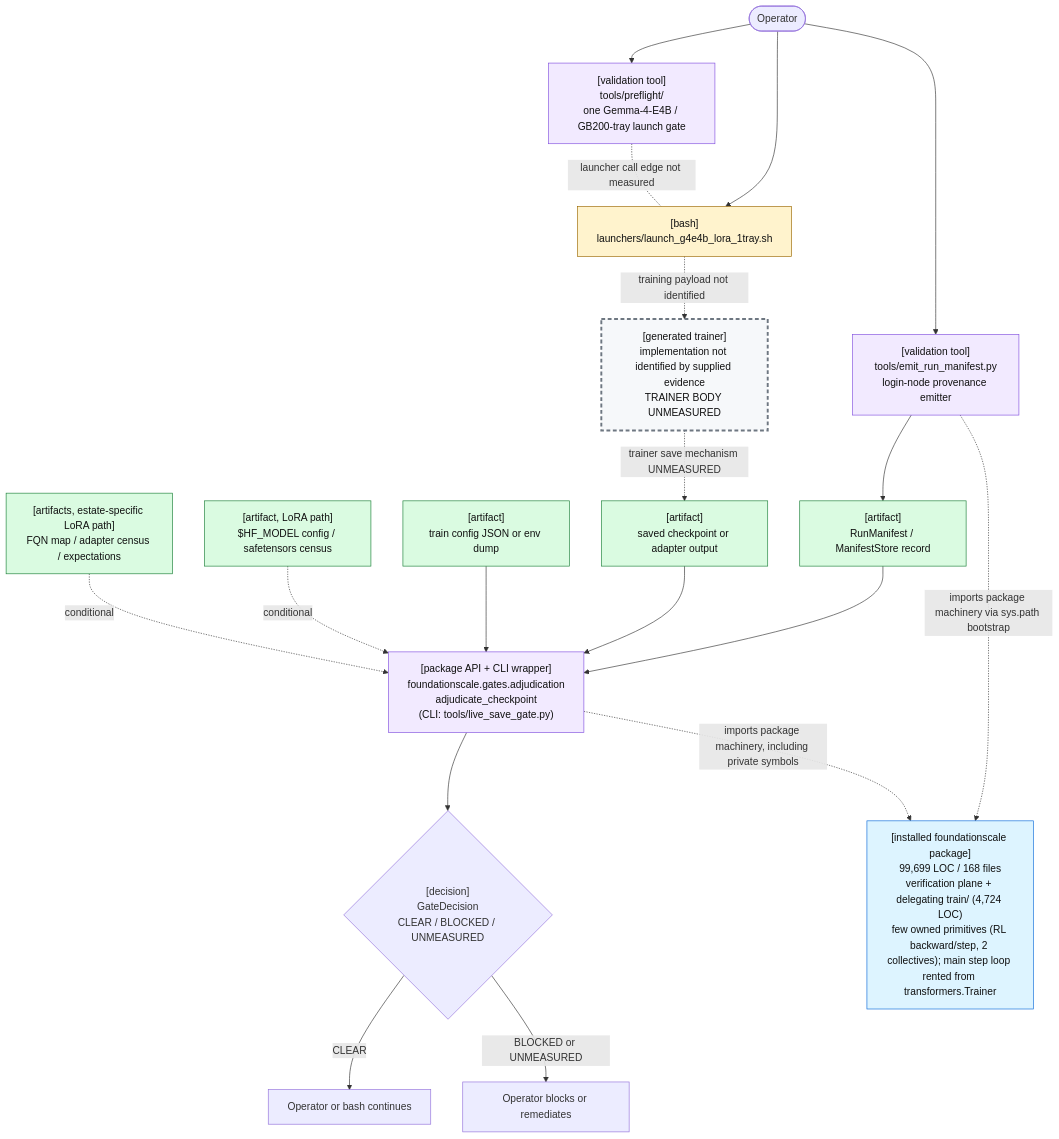
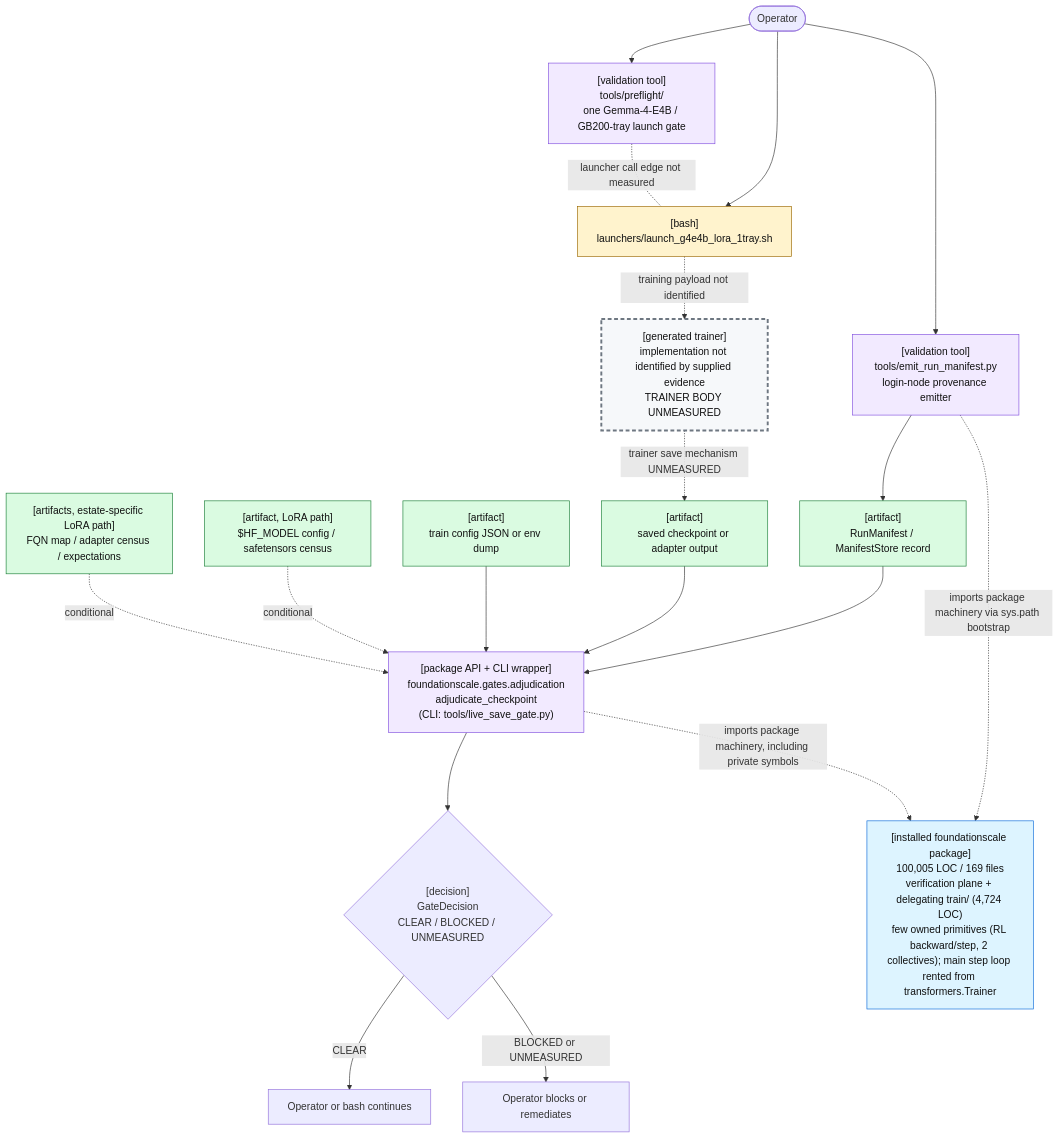
One commit to TranNhiem/FoundationScale changed the first of 2 diagrams in docs/review/D2_current_architecture.md. Above: the diagram before and after it, drawn with Mermaid. The commit also changed other lines of this file and 10 other files, not shown here.

````diff
--- a/docs/review/D2_current_architecture.md
+++ b/docs/review/D2_current_architecture.md
@@ -25,59 +25,59 @@
 ```mermaid
 flowchart TB
   O(["Operator"])
 
   PF["[validation tool]<br/>tools/preflight/<br/>one Gemma-4-E4B / GB200-tray launch gate"]
   L["[bash]<br/>launchers/launch_g4e4b_lora_1tray.sh"]
 
   E["[validation tool]<br/>tools/emit_run_manifest.py<br/>login-node provenance emitter"]
   M["[artifact]<br/>RunManifest / ManifestStore record"]
 
   T["[generated trainer]<br/>implementation not identified by supplied evidence<br/>TRAINER BODY UNMEASURED"]
   C["[artifact]<br/>saved checkpoint or adapter output"]
 
   G["[package API + CLI wrapper]<br/>foundationscale.gates.adjudication<br/>adjudicate_checkpoint<br/>(CLI: tools/live_save_gate.py)"]
   CFG["[artifact]<br/>train config JSON or env dump"]
   BASE["[artifact, LoRA path]<br/>$HF_MODEL config / safetensors census"]
   CEN["[artifacts, estate-specific LoRA path]<br/>FQN map / adapter census / expectations"]
 
   D{"[decision]<br/>GateDecision<br/>CLEAR / BLOCKED / UNMEASURED"}
   OK["Operator or bash continues"]
   NO["Operator blocks or remediates"]
 
-  PKG["[installed foundationscale package]<br/>99,699 LOC / 168 files<br/>verification plane + delegating train/ (4,724 LOC)<br/>few owned primitives (RL backward/step, 2 collectives); main step loop rented from transformers.Trainer"]
+  PKG["[installed foundationscale package]<br/>100,005 LOC / 169 files<br/>verification plane + delegating train/ (4,724 LOC)<br/>few owned primitives (RL backward/step, 2 collectives); main step loop rented from transformers.Trainer"]
 
   O --> PF
   O --> L
   PF -. "launcher call edge not measured" .- L
 
   O --> E
   E --> M
 
   L -. "training payload not identified" .-> T
   T -. "trainer save mechanism UNMEASURED" .-> C
 
   M --> G
   C --> G
   CFG --> G
   BASE -. "conditional" .-> G
   CEN -. "conditional" .-> G
 
   E -. "imports package machinery via sys.path bootstrap" .-> PKG
   G -. "imports package machinery, including private symbols" .-> PKG
 
   G --> D
   D -->|"CLEAR"| OK
   D -->|"BLOCKED or UNMEASURED"| NO
 
   classDef bash fill:#fff3cd,stroke:#9a6700,color:#111;
   classDef tool fill:#f2eaff,stroke:#8250df,color:#111;
   classDef artifact fill:#dafbe1,stroke:#1a7f37,color:#111;
   classDef gap fill:#f6f8fa,stroke:#6e7781,stroke-width:3px,stroke-dasharray: 6 4,color:#111;
   classDef pkg fill:#ddf4ff,stroke:#0969da,color:#111;
 
   class L bash;
   class PF,E,G tool;
   class M,C,CFG,BASE,CEN artifact;
   class T gap;
   class PKG pkg;
 ```
````
